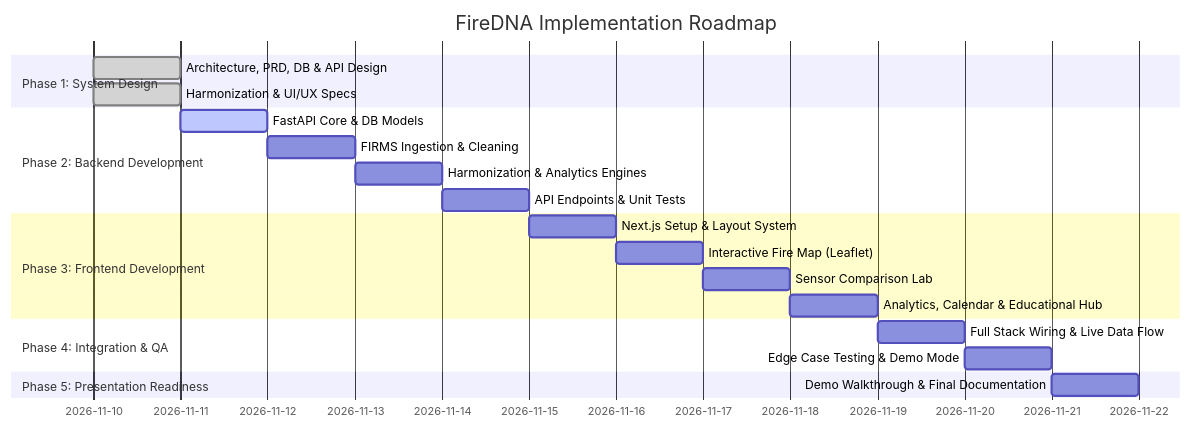
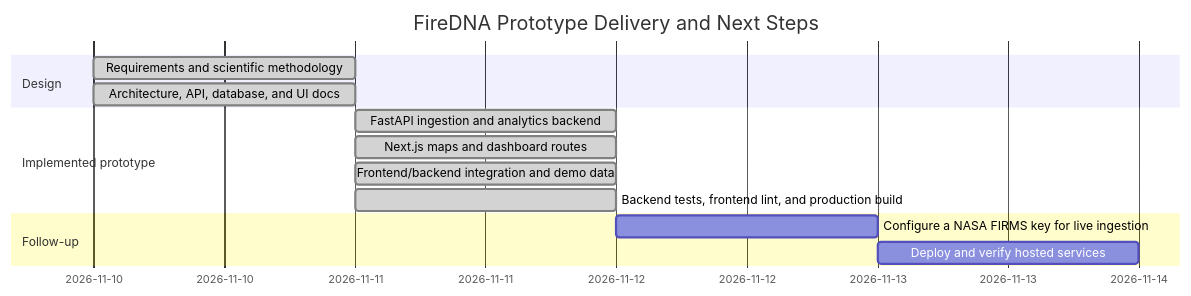
The diagram in docs/DEVELOPMENT_ROADMAP.md (rid-coder-70/firedna), drawn with Mermaid before and after one commit. The commit also changed other lines of this file and 4 other files, not shown here.

Commit message:
Enhance documentation: Update README, development roadmap, system architecture, and UI/UX design to reflect project status and clarify functionality

````diff
--- a/docs/DEVELOPMENT_ROADMAP.md
+++ b/docs/DEVELOPMENT_ROADMAP.md
@@ -14,23 +14,16 @@
 ```mermaid
 gantt
-    title FireDNA Implementation Roadmap
+    title FireDNA Prototype Delivery and Next Steps
     dateFormat  YYYY-MM-DD
-    section Phase 1: System Design
-    Architecture, PRD, DB & API Design     :done, des1, 2026-11-10, 1d
-    Harmonization & UI/UX Specs             :done, des2, 2026-11-10, 1d
-    section Phase 2: Backend Development
-    FastAPI Core & DB Models                :active, be1, 2026-11-11, 1d
-    FIRMS Ingestion & Cleaning              :be2, after be1, 1d
-    Harmonization & Analytics Engines       :be3, after be2, 1d
-    API Endpoints & Unit Tests              :be4, after be3, 1d
-    section Phase 3: Frontend Development
-    Next.js Setup & Layout System           :fe1, after be4, 1d
-    Interactive Fire Map (Leaflet)          :fe2, after fe1, 1d
-    Sensor Comparison Lab                   :fe3, after fe2, 1d
-    Analytics, Calendar & Educational Hub   :fe4, after fe3, 1d
-    section Phase 4: Integration & QA
-    Full Stack Wiring & Live Data Flow      :qa1, after fe4, 1d
-    Edge Case Testing & Demo Mode           :qa2, after qa1, 1d
-    section Phase 5: Presentation Readiness
-    Demo Walkthrough & Final Documentation  :pr1, after qa2, 1d
+    section Design
+    Requirements and scientific methodology :done, des1, 2026-11-10, 1d
+    Architecture, API, database, and UI docs :done, des2, 2026-11-10, 1d
+    section Implemented prototype
+    FastAPI ingestion and analytics backend :done, be1, 2026-11-11, 1d
+    Next.js maps and dashboard routes :done, fe1, 2026-11-11, 1d
+    Frontend/backend integration and demo data :done, qa1, 2026-11-11, 1d
+    Backend tests, frontend lint, and production build :done, qa2, 2026-11-11, 1d
+    section Follow-up
+    Configure a NASA FIRMS key for live ingestion :live, 2026-11-12, 1d
+    Deploy and verify hosted services :deploy, 2026-11-13, 1d
 ```
````
